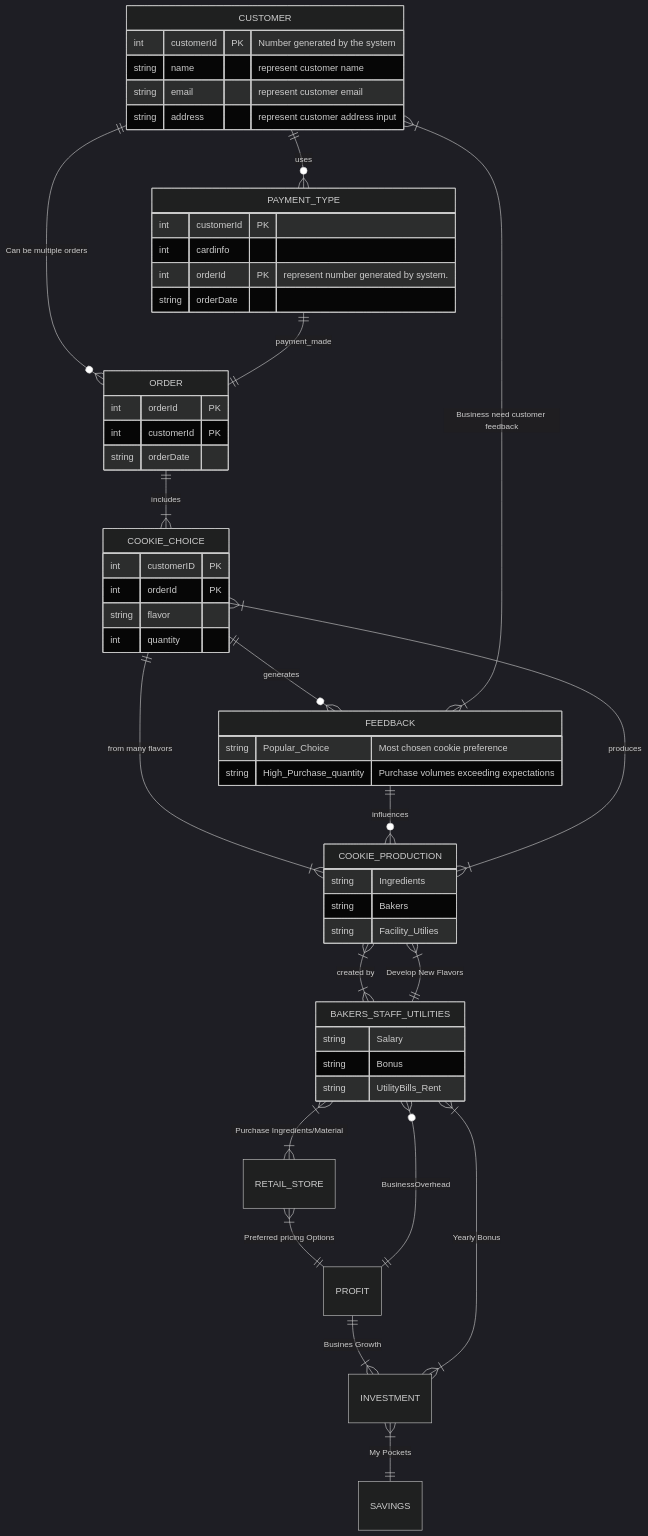
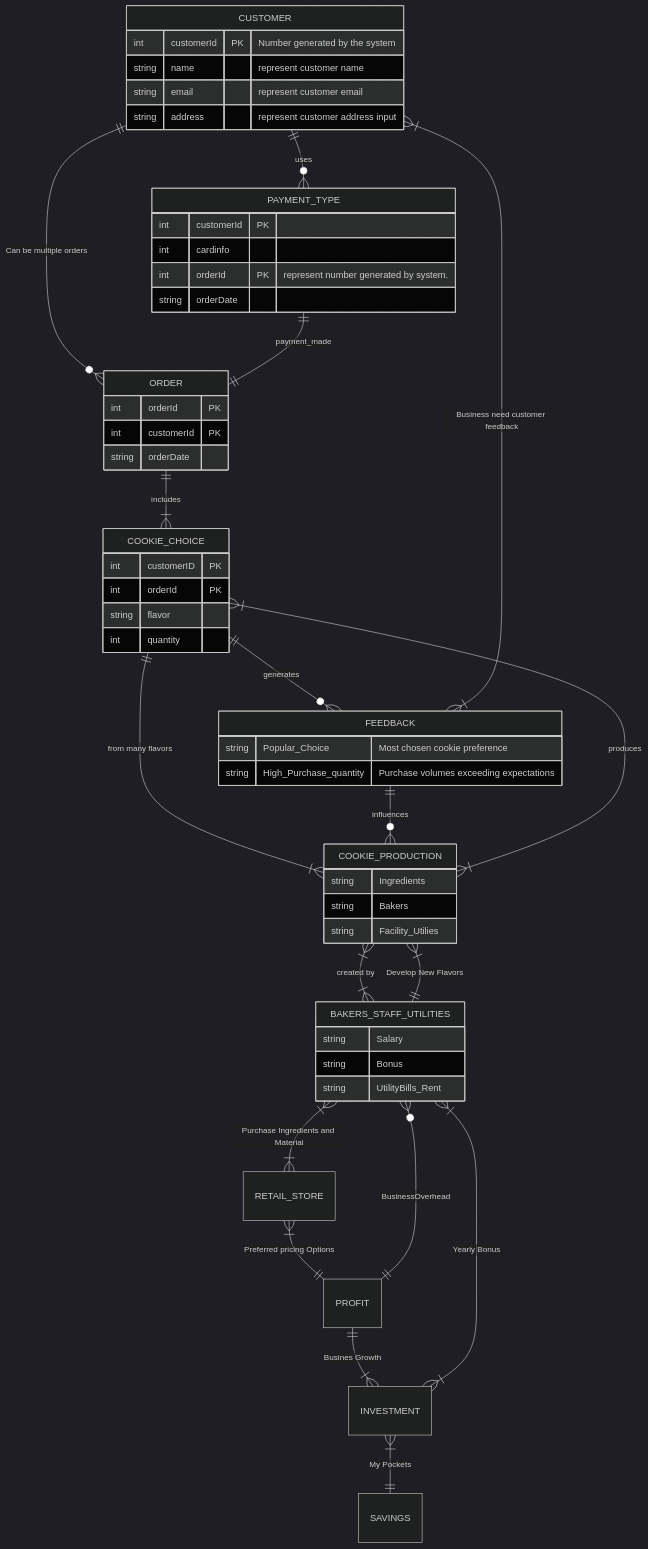
One commit to Deitmar-Phillotts/Deitmar_Phillpotts.io changed the diagram in Cookie_Land.md. Above: the diagram before and after it, drawn with Mermaid (dark theme).

````diff
--- a/Cookie_Land.md
+++ b/Cookie_Land.md
@@ -13,65 +13,66 @@
 ```mermaid
 
 
 erDiagram
     CUSTOMER ||--o{ PAYMENT_TYPE : "uses"
     CUSTOMER ||--o{ ORDER : "Can be multiple orders"
     PAYMENT_TYPE ||--|| ORDER : "payment_made"
     ORDER ||--|{ COOKIE_CHOICE : "includes"
     COOKIE_CHOICE ||--|{ COOKIE_PRODUCTION : "from many flavors"
     COOKIE_CHOICE ||--o{ FEEDBACK : "generates"
     FEEDBACK }|--|{ CUSTOMER : "Business need customer feedback"
     FEEDBACK ||--o{ COOKIE_PRODUCTION : "influences"
     COOKIE_PRODUCTION }|--|{ COOKIE_CHOICE : "produces"
     COOKIE_PRODUCTION }|--|{ BAKERS_STAFF_UTILITIES : "created by"
     RETAIL_STORE }|--|| PROFIT : "Preferred pricing Options"
     PROFIT ||--o{ BAKERS_STAFF_UTILITIES : "BusinessOverhead"
-    BAKERS_STAFF_UTILITIES }|--|{ RETAIL_STORE : "Purchase Ingredients/Material"
+    BAKERS_STAFF_UTILITIES }|--|{ RETAIL_STORE : "Purchase Ingredients and Material"
     BAKERS_STAFF_UTILITIES ||--|{ COOKIE_PRODUCTION : "Develop New Flavors"
     PROFIT ||--|{ INVESTMENT : "Busines Growth"
     INVESTMENT }|--|{ BAKERS_STAFF_UTILITIES : "Yearly Bonus"
     INVESTMENT }|--|| SAVINGS : "My Pockets"
 
     
        CUSTOMER {
         int customerId PK "Number generated by the system"
         string name "represent customer name"
         string email "represent customer email"
         string address "represent customer address input"
             }
     
     PAYMENT_TYPE {
         int customerId PK
         int cardinfo
         int orderId PK "represent number generated by system."
         string orderDate
     }
     
     COOKIE_CHOICE {
         int customerID PK
         int orderId PK
         string flavor
         int quantity
     }
     COOKIE_PRODUCTION {
         string Ingredients
         string Bakers
         string Facility_Utilies
     }
 
     FEEDBACK {
         string Popular_Choice "Most chosen cookie preference"
         string High_Purchase_quantity "Purchase volumes exceeding expectations"
     }
     
     BAKERS_STAFF_UTILITIES {
         string Salary
         string Bonus
         string UtilityBills_Rent
     }
     ORDER {
         int orderId PK
         int customerId PK
         string orderDate
     }
+
 ```
````
